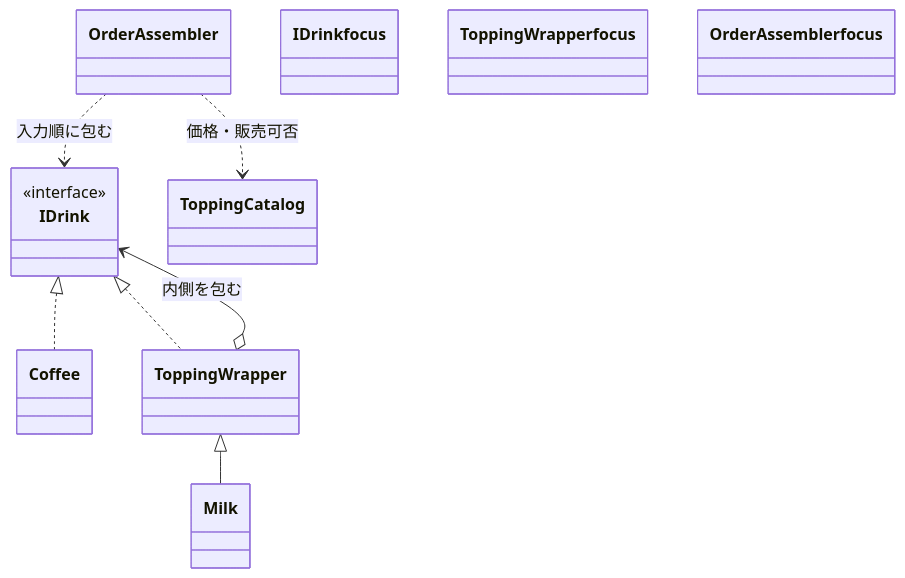
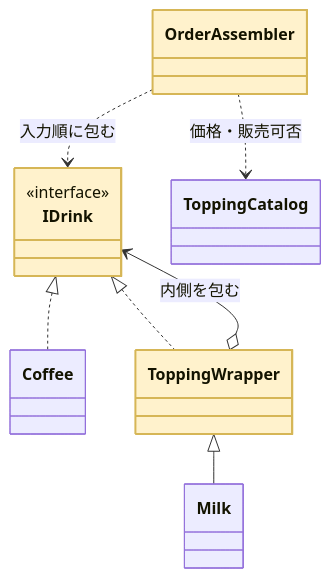
Diagram 11 of 16 in kindle/design-patterns/output/chapter06.md (kumachan1101-pixel/DesignPattern), drawn with Mermaid before and after one commit. The commit also changed other lines of this file and 15 other files, not shown here.

First line of the commit message:
全章classDiagram: phantom浮きクラスを生む着色構文 class X focus を :::focus へ修正（103箇所）

````diff
--- a/kindle/design-patterns/output/chapter06.md
+++ b/kindle/design-patterns/output/chapter06.md
@@ -1284,19 +1284,19 @@
 ```mermaid
 classDiagram
     class IDrink { <<interface>> }
     class Coffee
     class ToppingWrapper
     class Milk
     class OrderAssembler
     class ToppingCatalog
     IDrink <|.. Coffee
     IDrink <|.. ToppingWrapper
     ToppingWrapper o--> IDrink : 内側を包む
     ToppingWrapper <|-- Milk
     OrderAssembler ..> IDrink : 入力順に包む
     OrderAssembler ..> ToppingCatalog : 価格・販売可否
-    class IDrink focus
-    class ToppingWrapper focus
-    class OrderAssembler focus
+    class IDrink:::focus
+    class ToppingWrapper:::focus
+    class OrderAssembler:::focus
     classDef focus fill:#FFF2CC,stroke:#D6B656,stroke-width:2px
 ```
````
